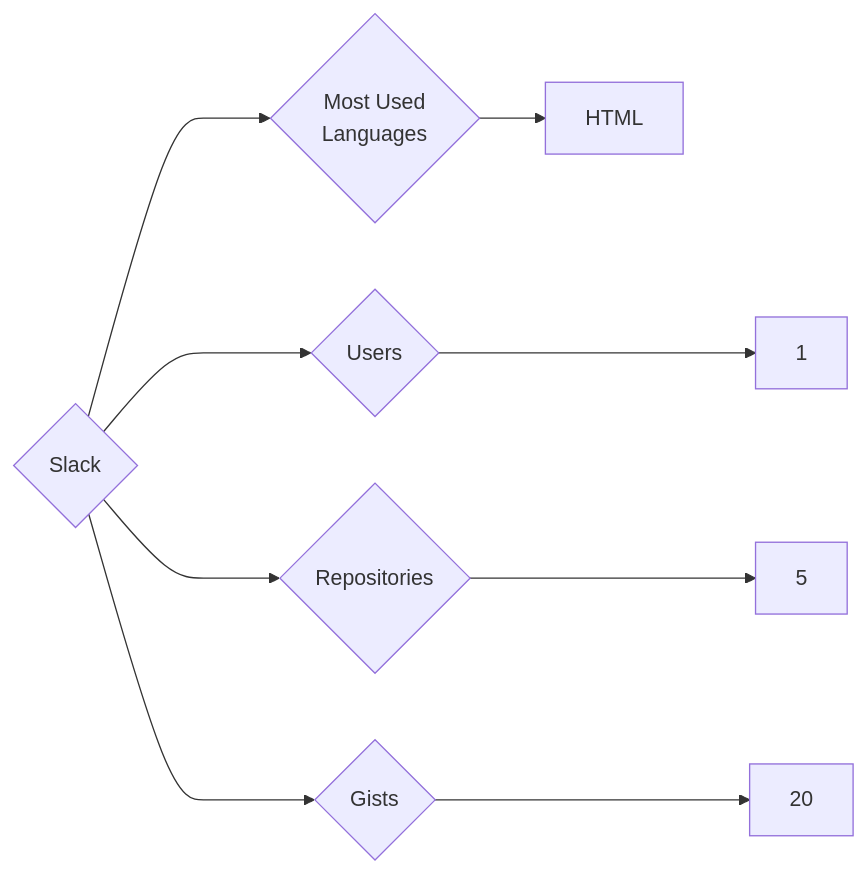
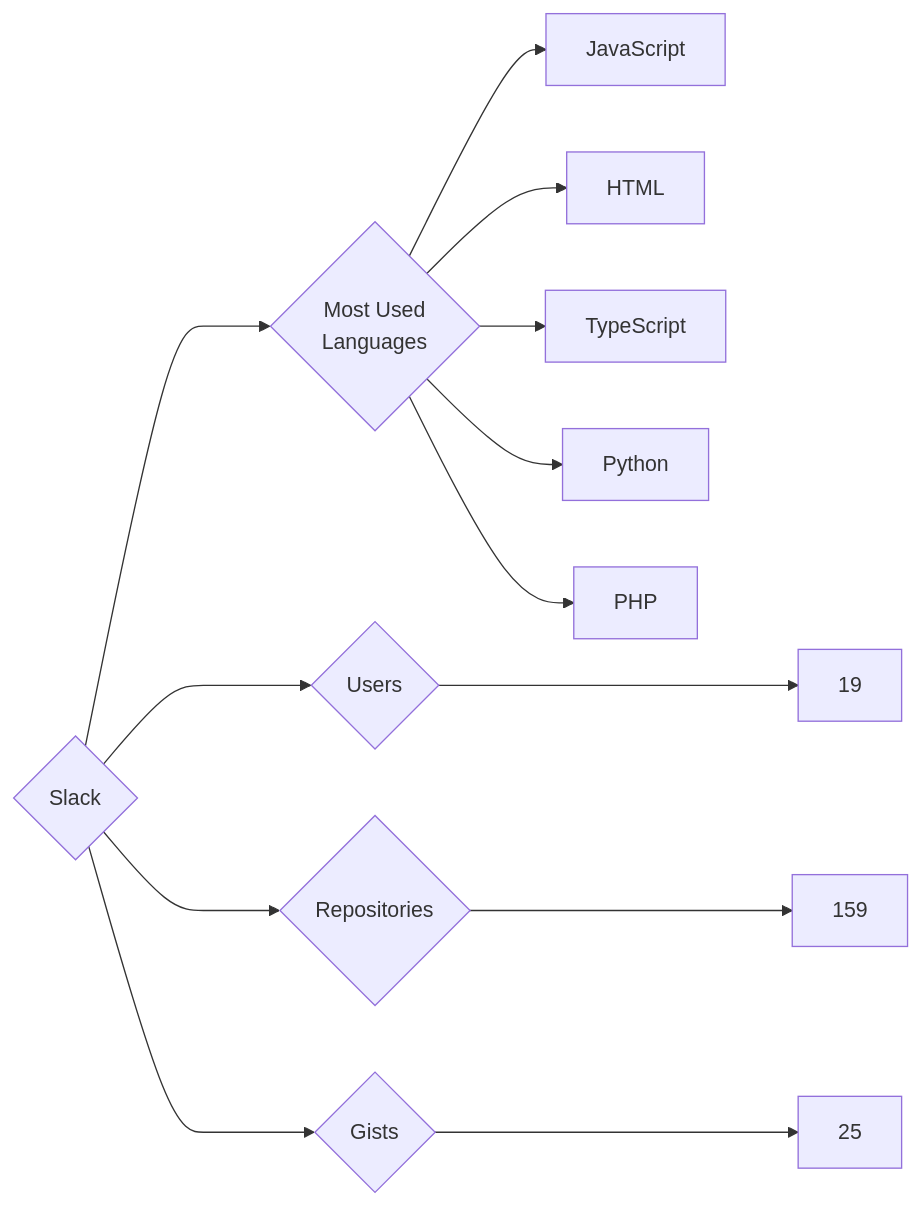
One commit to trickest/insiders changed the diagram in targets/Slack/README.md. Above: the diagram before and after it, drawn with Mermaid. The commit also changed 898 other files, not shown here.

````diff
--- a/targets/Slack/README.md
+++ b/targets/Slack/README.md
@@ -3,9 +3,13 @@
 ```mermaid
 graph LR
 COMPANY_NAME{Slack}
-COMPANY_NAME ---> U{Users} ---> UN[1]
-COMPANY_NAME ---> R{Repositories} ---> RN[5]
-COMPANY_NAME ---> G{Gists} ---> GN[20]
+COMPANY_NAME ---> U{Users} ---> UN[19]
+COMPANY_NAME ---> R{Repositories} ---> RN[159]
+COMPANY_NAME ---> G{Gists} ---> GN[25]
 COMPANY_NAME ---> ML{Most Used<br>Languages}
+ML --> JavaScript[JavaScript]
 ML --> HTML[HTML]
+ML --> TypeScript[TypeScript]
+ML --> Python[Python]
+ML --> PHP[PHP]
 ```
````
